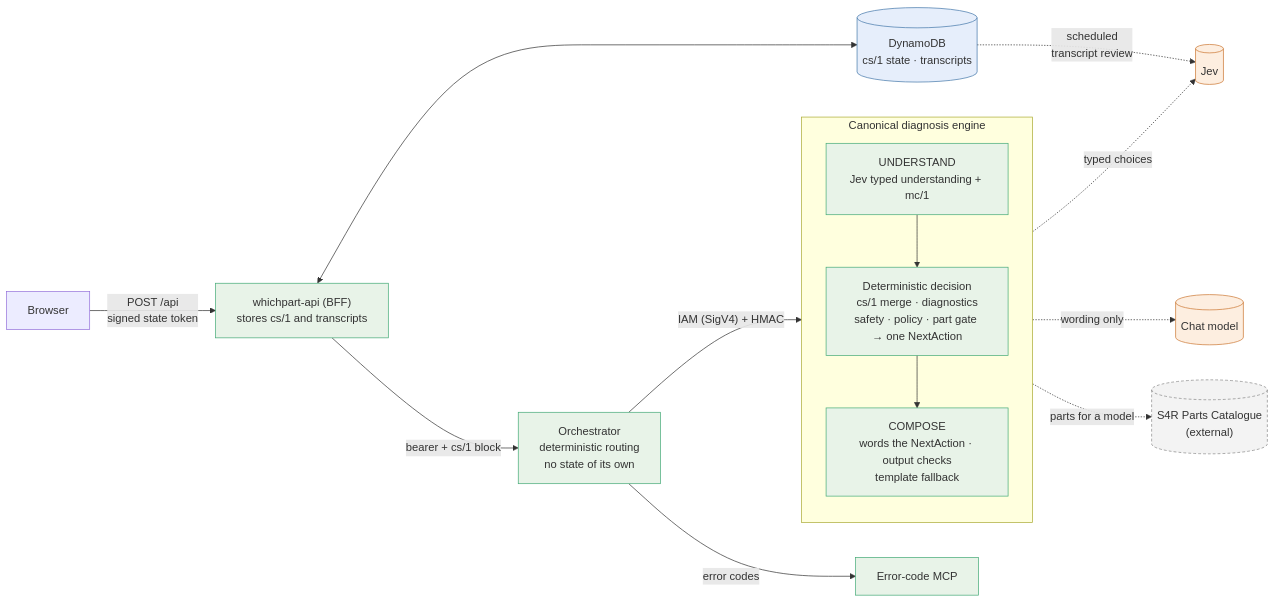
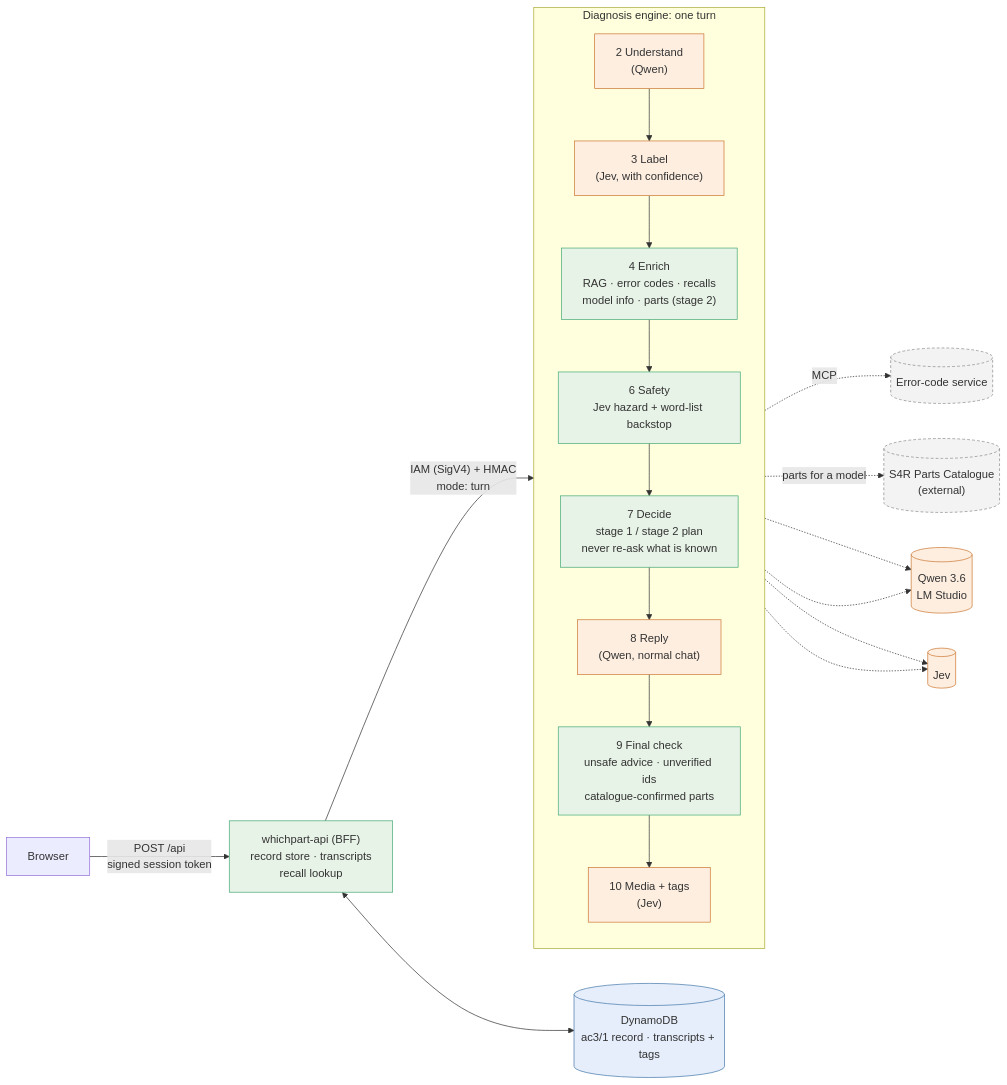
Before and after one commit to timdodgson/appliance-clinic: the diagram in README.md, drawn with Mermaid. The commit also changed other lines of this file and 14 other files, not shown here.

Commit message:
Docs: architecture overview with diagrams, README, ADR 0021, project story, contributing; realism audit of the independent 100; real-journeys-13 add-on set; harness system ac3

````diff
--- a/README.md
+++ b/README.md
@@ -52,25 +26,30 @@
 ```mermaid
 flowchart LR
-  B["Browser"] -->|"POST /api<br/>signed state token"| W["whichpart-api (BFF)<br/>stores cs/1 and transcripts"]
-  W <--> D[("DynamoDB<br/>cs/1 state · transcripts")]
-  W -->|"bearer + cs/1 block"| O["Orchestrator<br/>deterministic routing<br/>no state of its own"]
-  O -->|"error codes"| M["Error-code MCP"]
-  O -->|"IAM (SigV4) + HMAC"| U
-  subgraph ENG["Canonical diagnosis engine"]
+  B["Browser"] -->|"POST /api<br/>signed session token"| W["whichpart-api (BFF)<br/>record store · transcripts<br/>recall lookup"]
+  W <--> D[("DynamoDB<br/>ac3/1 record · transcripts + tags")]
+  W -->|"IAM (SigV4) + HMAC<br/>mode: turn"| U
+  subgraph ENG["Diagnosis engine: one turn"]
     direction TB
-    U["UNDERSTAND<br/>Jev typed understanding + mc/1"] --> G["Deterministic decision<br/>cs/1 merge · diagnostics<br/>safety · policy · part gate → one NextAction"]
-    G --> C["COMPOSE<br/>words the NextAction · output checks<br/>template fallback"]
+    U["2 Understand<br/>(Qwen)"] --> L["3 Label<br/>(Jev, with confidence)"]
+    L --> E["4 Enrich<br/>RAG · error codes · recalls<br/>model info · parts (stage 2)"]
+    E --> S["6 Safety<br/>Jev hazard + word-list backstop"]
+    S --> P["7 Decide<br/>stage 1 / stage 2 plan<br/>never re-ask what is known"]
+    P --> R["8 Reply<br/>(Qwen, normal chat)"]
+    R --> F["9 Final check<br/>unsafe advice · unverified ids<br/>catalogue-confirmed parts"]
+    F --> M["10 Media + tags<br/>(Jev)"]
   end
-  U -.->|"typed choices"| J[("Jev")]
-  C -.->|"wording only"| L[("Chat model")]
-  G -.->|"parts for a model"| P[("S4R Parts Catalogue<br/>(external)")]
-  D -.->|"scheduled<br/>transcript review"| J
+  E -.->|"MCP"| X[("Error-code service")]
+  E -.->|"parts for a model"| C[("S4R Parts Catalogue<br/>(external)")]
+  U -.-> Q[("Qwen 3.6<br/>LM Studio")]
+  R -.-> Q
+  L -.-> J[("Jev")]
+  M -.-> J
   classDef det fill:#e8f3e8,stroke:#4a7;
   classDef model fill:#fdeee0,stroke:#c73;
   classDef state fill:#e6eefb,stroke:#47a;
   classDef ext fill:#f3f3f3,stroke:#888,stroke-dasharray: 4 3;
-  class W,O,M,U,G,C det
-  class J,L model
+  class W,E,S,P,F det
+  class U,L,R,M,Q,J model
   class D state
-  class P ext
+  class X,C ext
 ```
````
